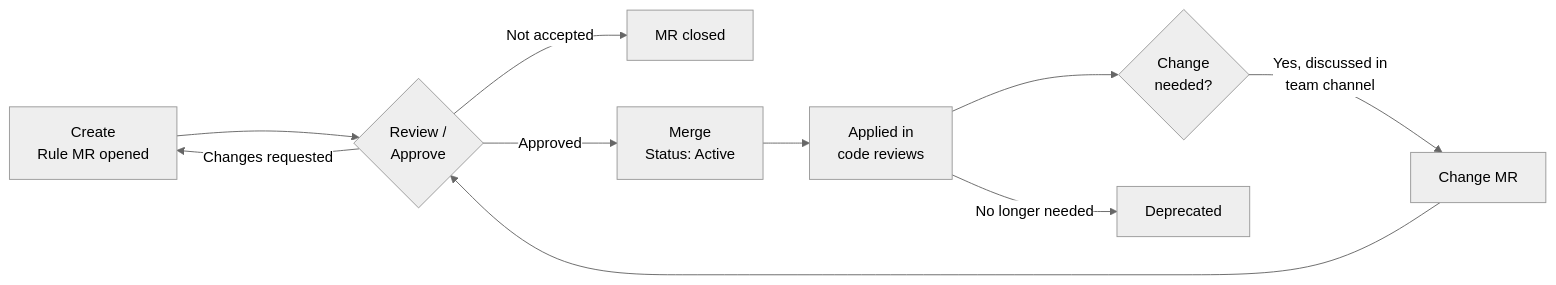
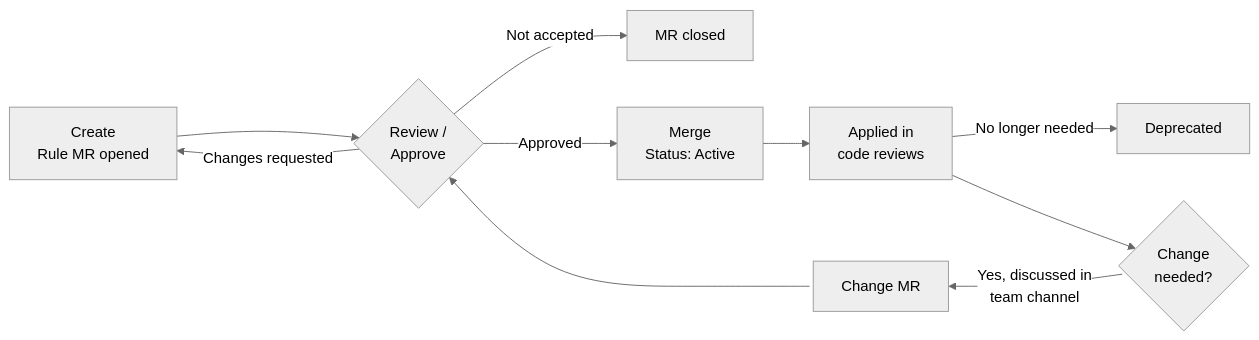
Before and after one commit to truongdxn/crm-code-standards: the diagram in CONTRIBUTING.md, drawn with Mermaid (neutral theme).

Commit message:
Move change loop to a bottom row in lifecycle diagram
Claude-Session: https://claude.ai/code/session_0151ymt6qMHJxeeX47ZcUn5w

````diff
--- a/CONTRIBUTING.md
+++ b/CONTRIBUTING.md
@@ -18,12 +18,15 @@
 ```mermaid
 flowchart LR
     A["Create<br/>Rule MR opened"] --> B{"Review /<br/>Approve"}
     B -->|Changes requested| A
     B -->|Not accepted| X["MR closed"]
     B -->|Approved| C["Merge<br/>Status: Active"]
     C --> D["Applied in<br/>code reviews"]
+    D -->|No longer needed| G["Deprecated"]
     D --> E{"Change<br/>needed?"}
-    E -->|Yes, discussed in<br/>team channel| F["Change MR"]
-    F --> B
-    D -->|No longer needed| G["Deprecated"]
+    %% Bottom row: declared left to right so "Change MR" sits under "Merge",
+    %% then linkStyle hides the right-hand arrowhead so arrows point right to left
+    B <--> F["Change MR"]
+    F <-->|"Yes, discussed in<br/>team channel"| E
+    linkStyle 7,8 marker-end:none
 ```
````
